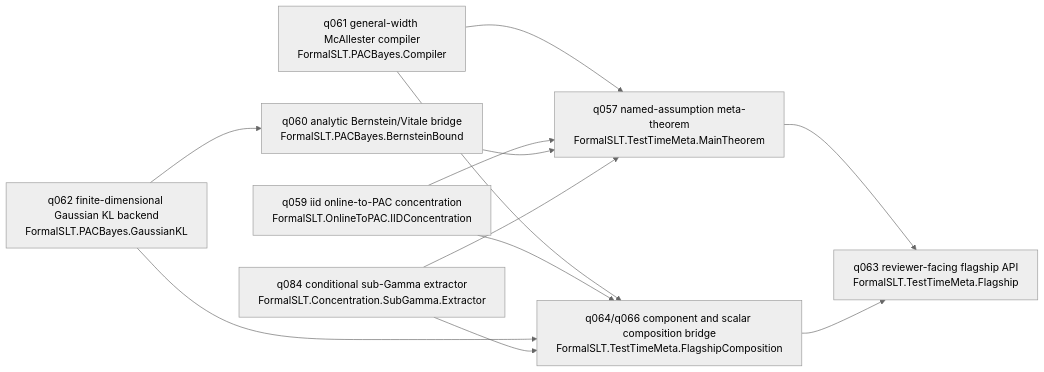
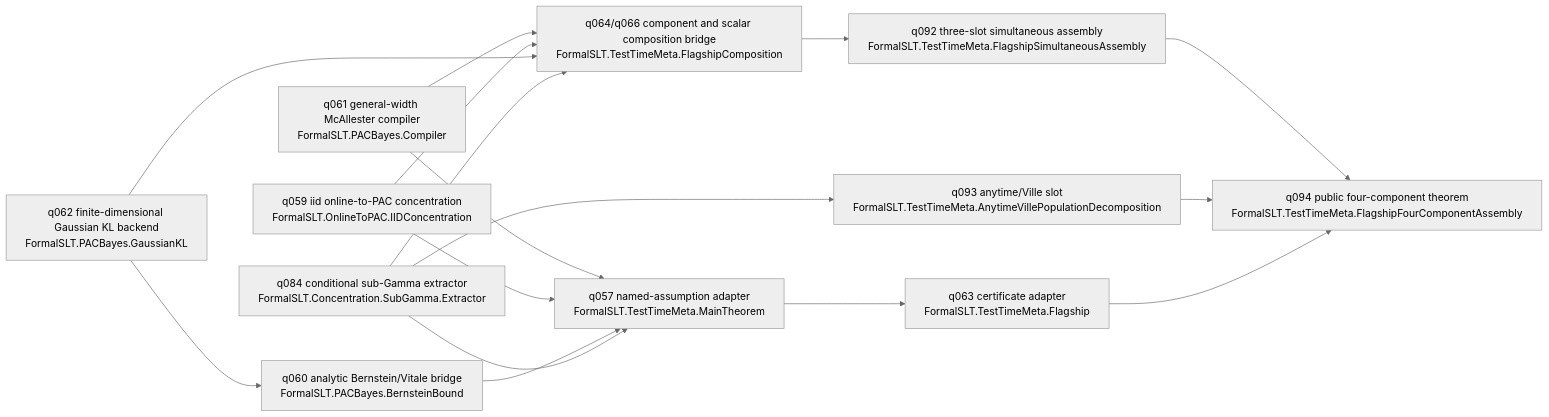
The first of 2 diagrams in docs/flagship-pac-bayes-test-time-theorem.md (Robby955/FormalSLT), drawn with Mermaid (neutral theme) before and after one commit. The commit also changed other lines of this file and 11 other files, not shown here.

Commit message:
feat(test-time): make four-component flagship public

````diff
--- a/docs/flagship-pac-bayes-test-time-theorem.md
+++ b/docs/flagship-pac-bayes-test-time-theorem.md
@@ -43,23 +45,30 @@
 ```mermaid
 flowchart LR
   q061["q061 general-width McAllester compiler\nFormalSLT.PACBayes.Compiler"]
   q059["q059 iid online-to-PAC concentration\nFormalSLT.OnlineToPAC.IIDConcentration"]
   q062["q062 finite-dimensional Gaussian KL backend\nFormalSLT.PACBayes.GaussianKL"]
   q084["q084 conditional sub-Gamma extractor\nFormalSLT.Concentration.SubGamma.Extractor"]
   q060["q060 analytic Bernstein/Vitale bridge\nFormalSLT.PACBayes.BernsteinBound"]
-  q057["q057 named-assumption meta-theorem\nFormalSLT.TestTimeMeta.MainTheorem"]
-  q063["q063 reviewer-facing flagship API\nFormalSLT.TestTimeMeta.Flagship"]
+  q057["q057 named-assumption adapter\nFormalSLT.TestTimeMeta.MainTheorem"]
+  q063["q063 certificate adapter\nFormalSLT.TestTimeMeta.Flagship"]
   q064["q064/q066 component and scalar composition bridge\nFormalSLT.TestTimeMeta.FlagshipComposition"]
+  q092["q092 three-slot simultaneous assembly\nFormalSLT.TestTimeMeta.FlagshipSimultaneousAssembly"]
+  q093["q093 anytime/Ville slot\nFormalSLT.TestTimeMeta.AnytimeVillePopulationDecomposition"]
+  q094["q094 public four-component theorem\nFormalSLT.TestTimeMeta.FlagshipFourComponentAssembly"]
 
   q061 --> q057
   q059 --> q057
   q062 --> q060
   q060 --> q057
   q084 --> q057
-  q057 --> q063
   q061 --> q064
   q059 --> q064
   q062 --> q064
   q084 --> q064
-  q064 --> q063
+  q057 --> q063
+  q064 --> q092
+  q084 --> q093
+  q092 --> q094
+  q093 --> q094
+  q063 --> q094
 ```
````
